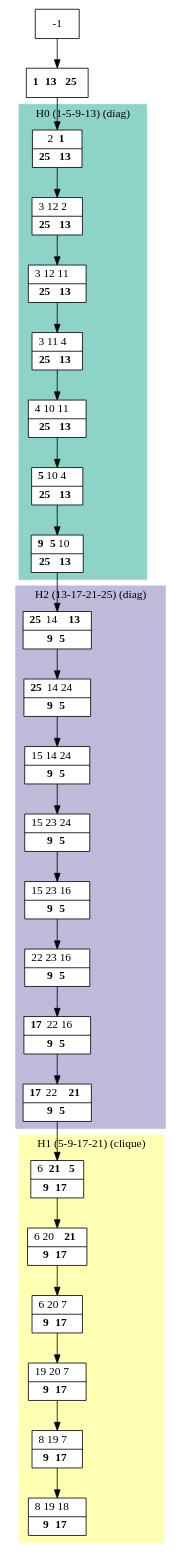
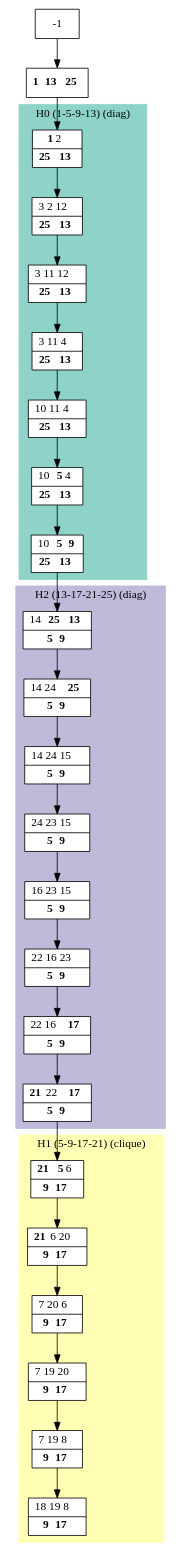
The diagram in results/dot_files/processed_K.dot (bmarchand/auto-dp), drawn with Graphviz before and after one commit. The commit also changed 348 other files, not shown here.

```diff
--- a/results/dot_files/processed_K.dot
+++ b/results/dot_files/processed_K.dot
@@ -1,53 +1,53 @@
 digraph G {
     node [shape=box];
     subgraph cluster0 {
         node [style=filled,fillcolor=white];
         labeljust="l";
         style=filled;
         color="#8DD3C7";
         H0_0 -> H0_1 -> H0_3 -> H0_4 -> H0_5 -> H0_6 -> H0_7;
         label="H0 (1-5-9-13) (diag)";
     }
     subgraph cluster1 {
         node [style=filled,fillcolor=white];
         labeljust="l";
         style=filled;
         color="#FFFFB3";
         H1_0 -> H1_1 -> H1_2 -> H1_3 -> H1_4 -> H1_5;
         label="H1 (5-9-17-21) (clique)";
     }
     subgraph cluster2 {
         node [style=filled,fillcolor=white];
         labeljust="l";
         style=filled;
         color="#BEBADA";
         H2_0 -> H2_1 -> H2_2 -> H2_3 -> H2_4 -> H2_5 -> H2_6 -> H2_7;
         label="H2 (13-17-21-25) (diag)";
     }
      1 [shape=record,label= <{ <b>1</b> <b>13</b> <b>25</b>}> ];
      -1  ->  1;
-     H0_0 [shape=record,label= <{ 2 <b>1</b>|  <b>25</b> <b>13</b>}> ];
+     H0_0 [shape=record,label= <{ <b>1</b> 2|  <b>25</b> <b>13</b>}> ];
      1  ->  H0_0;
-     H0_1 [shape=record,label= <{ 3 12 2|  <b>25</b> <b>13</b>}> ];
-     H0_3 [shape=record,label= <{ 3 12 11|  <b>25</b> <b>13</b>}> ];
+     H0_1 [shape=record,label= <{ 3 2 12|  <b>25</b> <b>13</b>}> ];
+     H0_3 [shape=record,label= <{ 3 11 12|  <b>25</b> <b>13</b>}> ];
      H0_4 [shape=record,label= <{ 3 11 4|  <b>25</b> <b>13</b>}> ];
-     H0_5 [shape=record,label= <{ 4 10 11|  <b>25</b> <b>13</b>}> ];
-     H0_6 [shape=record,label= <{ <b>5</b> 10 4|  <b>25</b> <b>13</b>}> ];
-     H0_7 [shape=record,label= <{ <b>9</b> <b>5</b> 10|  <b>25</b> <b>13</b>}> ];
-     H2_0 [shape=record,label= <{ <b>25</b> 14 <b>13</b>|  <b>9</b> <b>5</b>}> ];
+     H0_5 [shape=record,label= <{ 10 11 4|  <b>25</b> <b>13</b>}> ];
+     H0_6 [shape=record,label= <{ 10 <b>5</b> 4|  <b>25</b> <b>13</b>}> ];
+     H0_7 [shape=record,label= <{ 10 <b>5</b> <b>9</b>|  <b>25</b> <b>13</b>}> ];
+     H2_0 [shape=record,label= <{ 14 <b>25</b> <b>13</b>|  <b>5</b> <b>9</b>}> ];
      H0_7  ->  H2_0;
-     H2_1 [shape=record,label= <{ <b>25</b> 14 24|  <b>9</b> <b>5</b>}> ];
-     H2_2 [shape=record,label= <{ 15 14 24|  <b>9</b> <b>5</b>}> ];
-     H2_3 [shape=record,label= <{ 15 23 24|  <b>9</b> <b>5</b>}> ];
-     H2_4 [shape=record,label= <{ 15 23 16|  <b>9</b> <b>5</b>}> ];
-     H2_5 [shape=record,label= <{ 22 23 16|  <b>9</b> <b>5</b>}> ];
-     H2_6 [shape=record,label= <{ <b>17</b> 22 16|  <b>9</b> <b>5</b>}> ];
-     H2_7 [shape=record,label= <{ <b>17</b> 22 <b>21</b>|  <b>9</b> <b>5</b>}> ];
-     H1_0 [shape=record,label= <{ 6 <b>21</b> <b>5</b>|  <b>9</b> <b>17</b>}> ];
+     H2_1 [shape=record,label= <{ 14 24 <b>25</b>|  <b>5</b> <b>9</b>}> ];
+     H2_2 [shape=record,label= <{ 14 24 15|  <b>5</b> <b>9</b>}> ];
+     H2_3 [shape=record,label= <{ 24 23 15|  <b>5</b> <b>9</b>}> ];
+     H2_4 [shape=record,label= <{ 16 23 15|  <b>5</b> <b>9</b>}> ];
+     H2_5 [shape=record,label= <{ 22 16 23|  <b>5</b> <b>9</b>}> ];
+     H2_6 [shape=record,label= <{ 22 16 <b>17</b>|  <b>5</b> <b>9</b>}> ];
+     H2_7 [shape=record,label= <{ <b>21</b> 22 <b>17</b>|  <b>5</b> <b>9</b>}> ];
+     H1_0 [shape=record,label= <{ <b>21</b> <b>5</b> 6|  <b>9</b> <b>17</b>}> ];
      H2_7  ->  H1_0;
-     H1_1 [shape=record,label= <{ 6 20 <b>21</b>|  <b>9</b> <b>17</b>}> ];
-     H1_2 [shape=record,label= <{ 6 20 7|  <b>9</b> <b>17</b>}> ];
-     H1_3 [shape=record,label= <{ 19 20 7|  <b>9</b> <b>17</b>}> ];
-     H1_4 [shape=record,label= <{ 8 19 7|  <b>9</b> <b>17</b>}> ];
-     H1_5 [shape=record,label= <{ 8 19 18|  <b>9</b> <b>17</b>}> ];
+     H1_1 [shape=record,label= <{ <b>21</b> 6 20|  <b>9</b> <b>17</b>}> ];
+     H1_2 [shape=record,label= <{ 7 20 6|  <b>9</b> <b>17</b>}> ];
+     H1_3 [shape=record,label= <{ 7 19 20|  <b>9</b> <b>17</b>}> ];
+     H1_4 [shape=record,label= <{ 7 19 8|  <b>9</b> <b>17</b>}> ];
+     H1_5 [shape=record,label= <{ 18 19 8|  <b>9</b> <b>17</b>}> ];
 }
```
